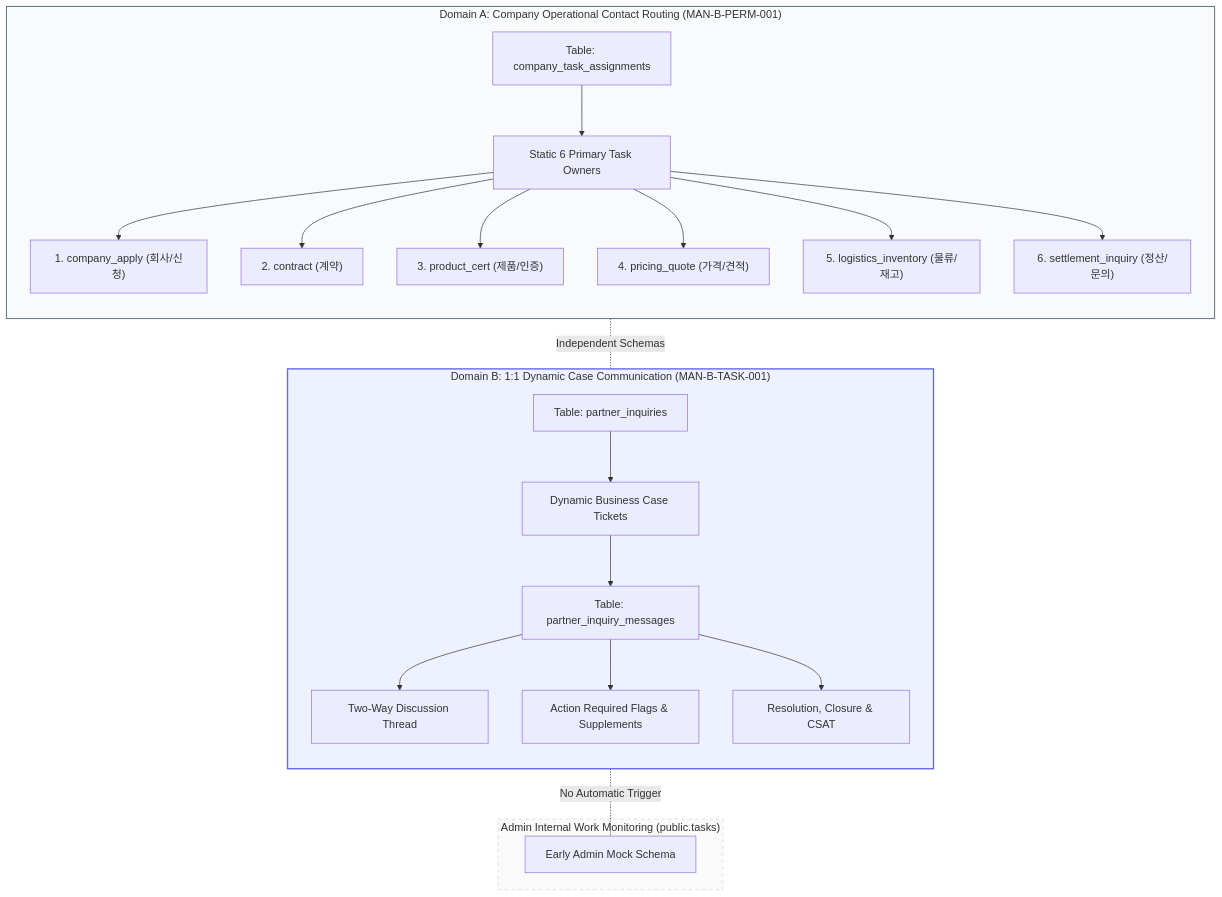
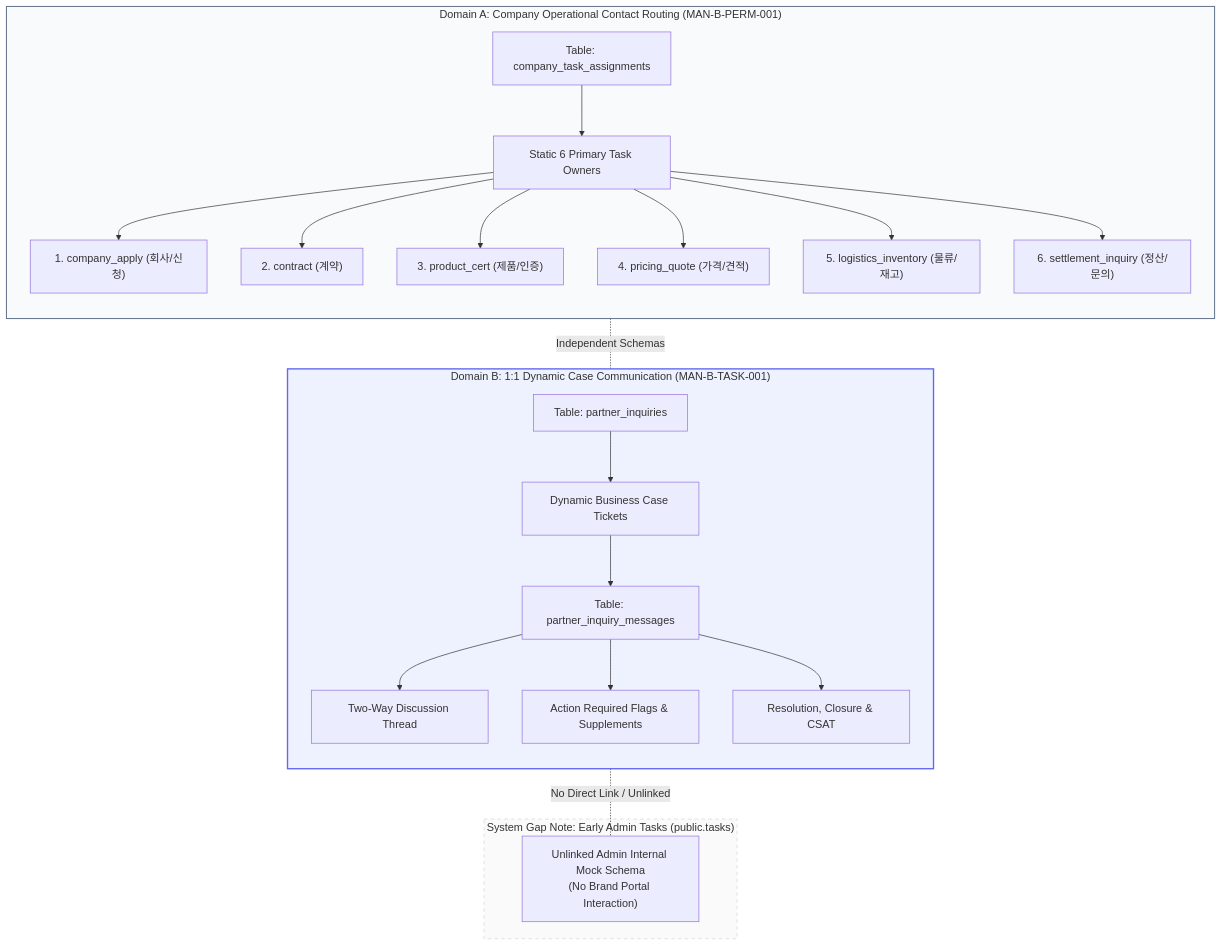
Before and after one commit to chaehahm-Kr/KBGP-Portal: the first of 7 diagrams in Manuals/MAN-B-TASK-001_Task-Communication/02_CLAUDE_PACKAGE/03_DIAGRAMS/TASK_COMMUNICATION_ARCHITECTURE_DIAGRAMS.md, drawn with Mermaid. The commit also changed other lines of this file and 6 other files, not shown here.

````diff
--- a/Manuals/MAN-B-TASK-001_Task-Communication/02_CLAUDE_PACKAGE/03_DIAGRAMS/TASK_COMMUNICATION_ARCHITECTURE_DIAGRAMS.md
+++ b/Manuals/MAN-B-TASK-001_Task-Communication/02_CLAUDE_PACKAGE/03_DIAGRAMS/TASK_COMMUNICATION_ARCHITECTURE_DIAGRAMS.md
@@ -13,32 +13,32 @@
 ```mermaid
 graph TD
     subgraph DomainA["Domain A: Company Operational Contact Routing (MAN-B-PERM-001)"]
         direction TB
         A1["Table: company_task_assignments"] --> A2["Static 6 Primary Task Owners"]
         A2 --> A3["1. company_apply (회사/신청)"]
         A2 --> A4["2. contract (계약)"]
         A2 --> A5["3. product_cert (제품/인증)"]
         A2 --> A6["4. pricing_quote (가격/견적)"]
         A2 --> A7["5. logistics_inventory (물류/재고)"]
         A2 --> A8["6. settlement_inquiry (정산/문의)"]
         style DomainA fill:#f8fafc,stroke:#64748b,stroke-width:1.5px
     end
 
     subgraph DomainB["Domain B: 1:1 Dynamic Case Communication (MAN-B-TASK-001)"]
         direction TB
         B1["Table: partner_inquiries"] --> B2["Dynamic Business Case Tickets"]
         B2 --> B3["Table: partner_inquiry_messages"]
         B3 --> B4["Two-Way Discussion Thread"]
         B3 --> B5["Action Required Flags & Supplements"]
         B3 --> B6["Resolution, Closure & CSAT"]
         style DomainB fill:#eef2ff,stroke:#6366f1,stroke-width:2px
     end
 
-    subgraph DomainC["Admin Internal Work Monitoring (public.tasks)"]
-        C1["Early Admin Mock Schema"]
+    subgraph DomainC["System Gap Note: Early Admin Tasks (public.tasks)"]
+        C1["Unlinked Admin Internal Mock Schema<br/>(No Brand Portal Interaction)"]
         style DomainC fill:#fafafa,stroke:#d4d4d8,stroke-dasharray: 5 5
     end
 
     A1 -. "Independent Schemas" .- B1
-    B1 -. "No Automatic Trigger" .- C1
+    B1 -. "No Direct Link / Unlinked" .- C1
 ```
````
